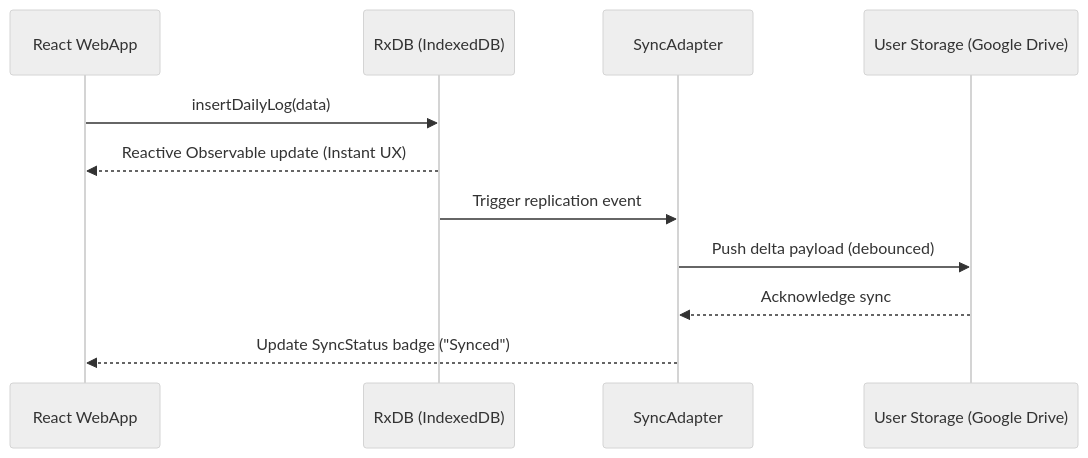
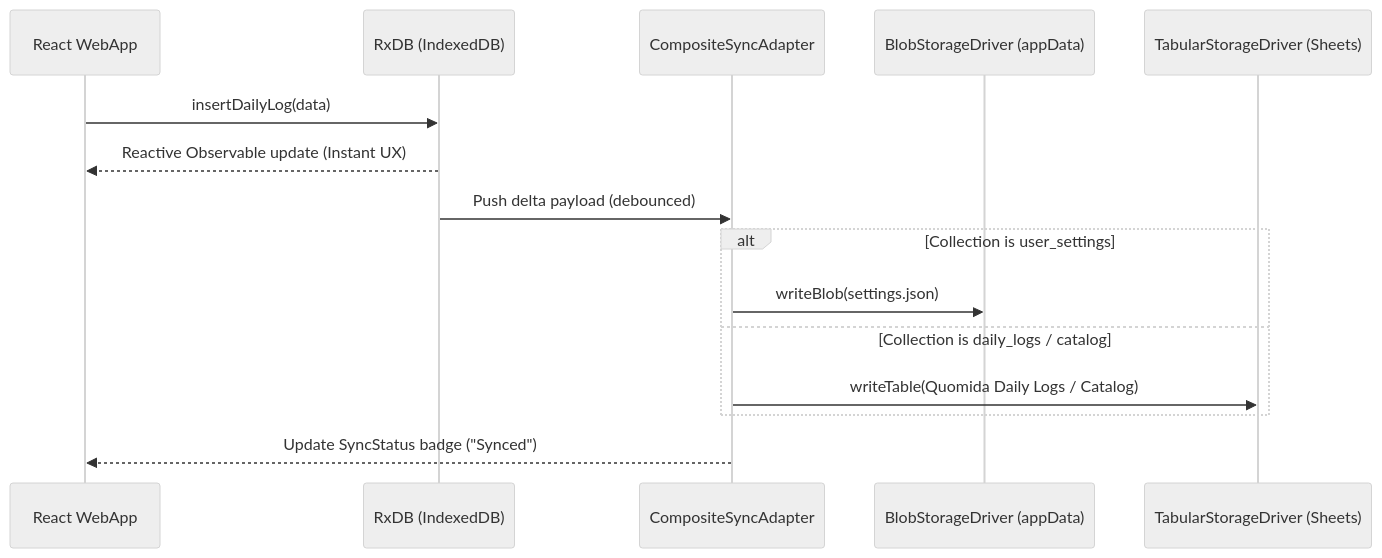
Before and after one commit to qozara/quomida: the third of 3 diagrams in docs/ARCHITECTURE.md, drawn with Mermaid (neutral theme). The commit also changed other lines of this file and 22 other files, not shown here.

First line of the commit message:
feat(sync-adapters): multi-format storage strategy & Google Drive/Sheets connector

````diff
--- a/docs/ARCHITECTURE.md
+++ b/docs/ARCHITECTURE.md
@@ -125,14 +126,18 @@
 ```mermaid
 sequenceDiagram
     participant UI as React WebApp
     participant DB as RxDB (IndexedDB)
-    participant Sync as SyncAdapter
-    participant Remote as User Storage (Google Drive)
+    participant Sync as CompositeSyncAdapter
+    participant Blob as BlobStorageDriver (appData)
+    participant Tabular as TabularStorageDriver (Sheets)
 
     UI->>DB: insertDailyLog(data)
     DB-->>UI: Reactive Observable update (Instant UX)
-    DB->>Sync: Trigger replication event
-    Sync->>Remote: Push delta payload (debounced)
-    Remote-->>Sync: Acknowledge sync
+    DB->>Sync: Push delta payload (debounced)
+    alt Collection is user_settings
+        Sync->>Blob: writeBlob(settings.json)
+    else Collection is daily_logs / catalog
+        Sync->>Tabular: writeTable(Quomida Daily Logs / Catalog)
+    end
     Sync-->>UI: Update SyncStatus badge ("Synced")
 ```
````
